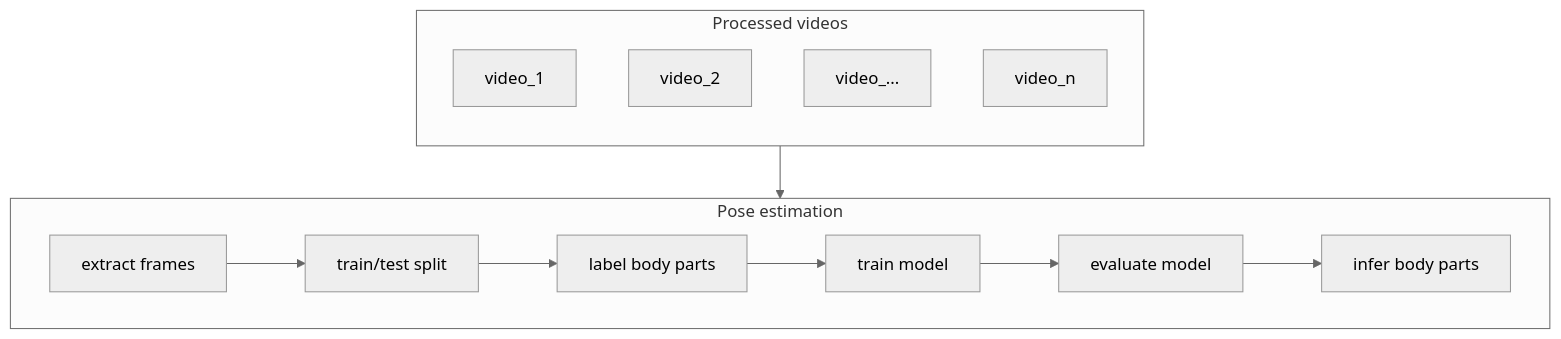
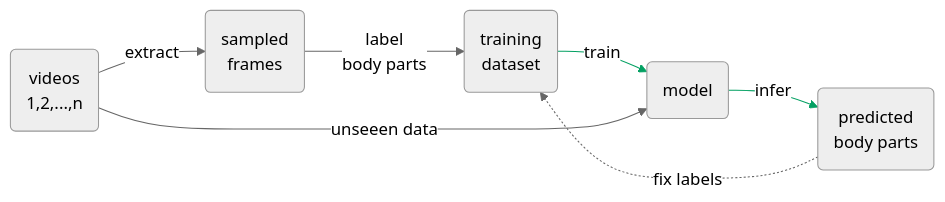
Before and after one commit to neuroinformatics-unit/swc-hpc-pose-estimation: the diagram in SLEAP/presentation/diagrams/pose-estimation.mmd, drawn with Mermaid. The commit also changed 6 other files, not shown here.

```diff
--- a/SLEAP/presentation/diagrams/pose-estimation.mmd
+++ b/SLEAP/presentation/diagrams/pose-estimation.mmd
@@ -1,25 +1,16 @@
 %%{init: {"theme": "neutral", "fontFamily": "arial", "curve": "linear"} }%%
 
-flowchart TB
+flowchart LR
     classDef emphasis fill:#03A062;
 
-    subgraph videos["Processed videos"]
-    direction TB
-    video_1
-    video_2
-    video_x["video_..."]
-    video_n
-    end
+    videos("videos\n 1,2,...,n")
+    videos -->|extract| frames("sampled\n frames")
+    frames -->|label\n body parts| labels("training\n dataset")
+    labels -->|train| model
+    model("model") -->|infer| predictions("predicted\n body parts")
+    predictions -.->|fix labels| labels
+    videos -->|unseeen data| model
 
-    subgraph pose["Pose estimation"]
-    direction LR
 
-    extract["extract frames"] -->split
-    split["train/test split"] --> label
-    label["label body parts"] --> train
-    train["train model"] --> evaluate["evaluate model"]
-    evaluate --> infer["infer body parts"]
-
-    end
-
-    videos --> pose
+    linkStyle 2 stroke:#03A062, color:;
+    linkStyle 3 stroke:#03A062, color:;
```
